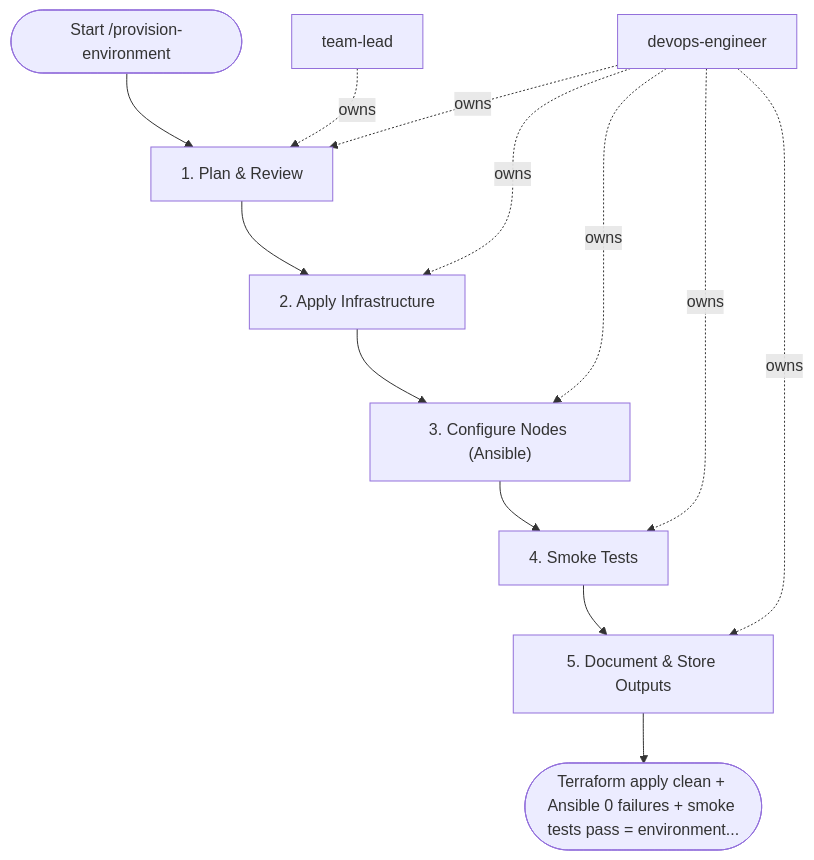
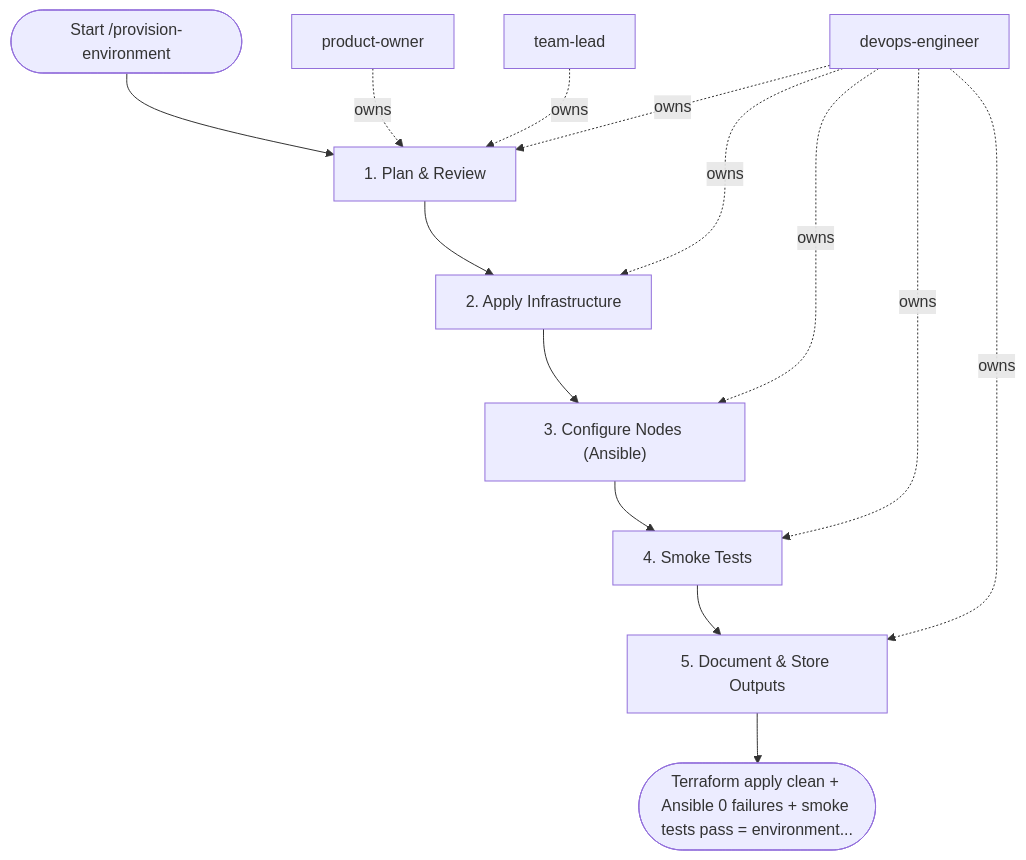
Before and after one commit to sawrus/agent-guides: the diagram in areas/devops/infrastructure/workflows/provision-environment.md, drawn with Mermaid. The commit also changed other lines of this file and 76 other files, not shown here.

Commit message:
Standardize workflow product owner initiation

````diff
--- a/areas/devops/infrastructure/workflows/provision-environment.md
+++ b/areas/devops/infrastructure/workflows/provision-environment.md
@@ -98,24 +98,26 @@
 ```mermaid
 flowchart TD
   start(["Start /provision-environment"])
-  role_1["devops-engineer"]
-  role_2["team-lead"]
+  role_1["product-owner"]
+  role_2["devops-engineer"]
+  role_3["team-lead"]
   step_1["1. Plan & Review"]
   step_2["2. Apply Infrastructure"]
   step_3["3. Configure Nodes (Ansible)"]
   step_4["4. Smoke Tests"]
   step_5["5. Document & Store Outputs"]
   exit(["Terraform apply clean + Ansible 0 failures + smoke tests pass = environment..."])
   start --> step_1
   step_1 --> step_2
   step_2 --> step_3
   step_3 --> step_4
   step_4 --> step_5
   step_5 --> exit
   role_1 -. owns .-> step_1
   role_2 -. owns .-> step_1
-  role_1 -. owns .-> step_2
-  role_1 -. owns .-> step_3
-  role_1 -. owns .-> step_4
-  role_1 -. owns .-> step_5
+  role_3 -. owns .-> step_1
+  role_2 -. owns .-> step_2
+  role_2 -. owns .-> step_3
+  role_2 -. owns .-> step_4
+  role_2 -. owns .-> step_5
 ```
````
